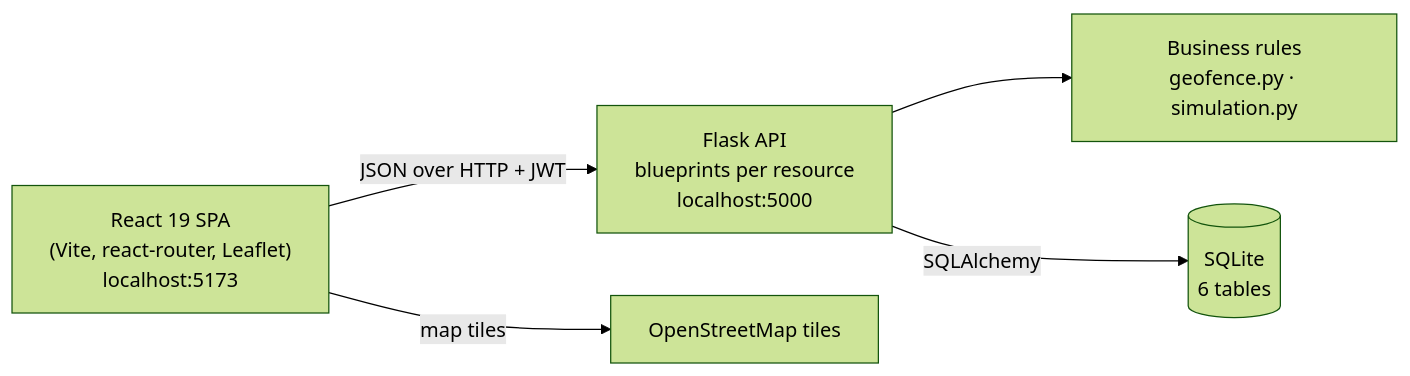
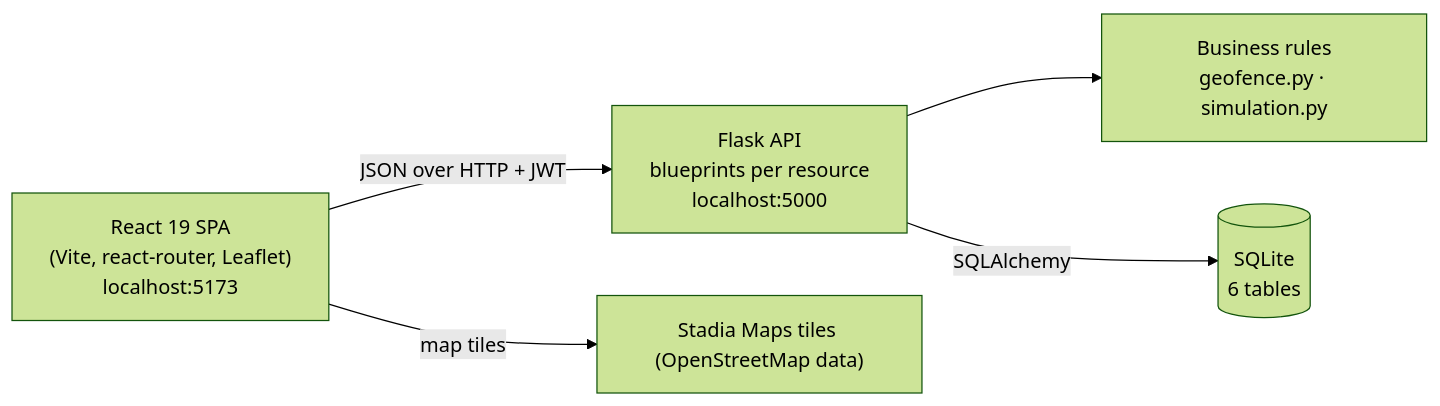
Before and after one commit to Prithugammer/fieldtrack: the diagram in README.md, drawn with Mermaid (forest theme). The commit also changed other lines of this file and 26 other files, not shown here.

````diff
--- a/README.md
+++ b/README.md
@@ -36,13 +37,13 @@
 ```mermaid
 flowchart LR
     Browser["React 19 SPA<br/>(Vite, react-router, Leaflet)<br/>localhost:5173"]
     API["Flask API<br/>blueprints per resource<br/>localhost:5000"]
     Rules["Business rules<br/>geofence.py · simulation.py"]
     DB[("SQLite<br/>6 tables")]
-    OSM["OpenStreetMap tiles"]
+    OSM["Stadia Maps tiles (OpenStreetMap data)"]
 
     Browser -- "JSON over HTTP + JWT" --> API
     API --> Rules
     API -- "SQLAlchemy" --> DB
     Browser -- "map tiles" --> OSM
 ```
````
